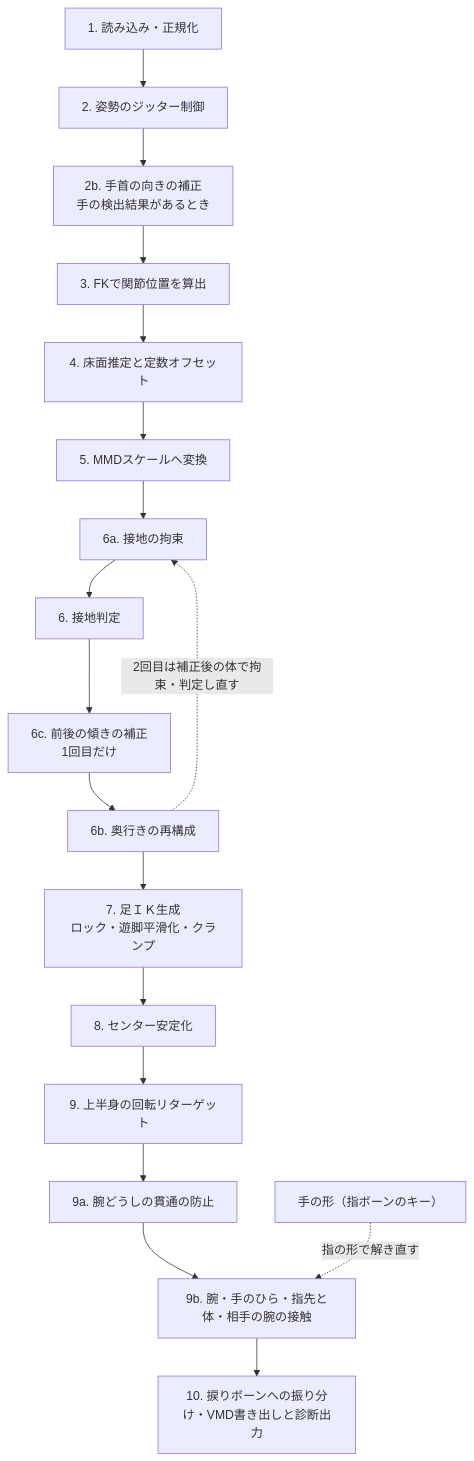
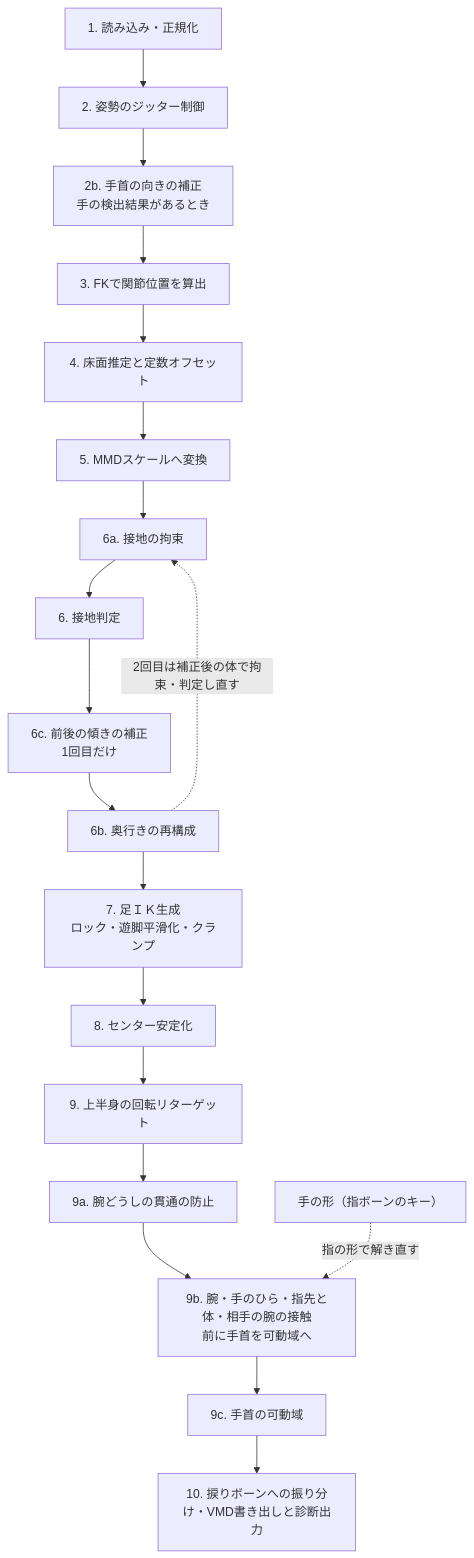
The diagram in vmd.md (yamak493/nlf), drawn with Mermaid before and after one commit. The commit also changed other lines of this file and 8 other files, not shown here.

````diff
--- a/vmd.md
+++ b/vmd.md
@@ -7,20 +7,21 @@
 ```mermaid
 flowchart TD
   A[1. 読み込み・正規化] --> B[2. 姿勢のジッター制御]
   B --> B2[2b. 手首の向きの補正<br/>手の検出結果があるとき]
   B2 --> C[3. FKで関節位置を算出]
   C --> D[4. 床面推定と定数オフセット]
   D --> E[5. MMDスケールへ変換]
   E --> F0[6a. 接地の拘束]
   F0 --> F[6. 接地判定]
   F --> F3[6c. 前後の傾きの補正<br/>1回目だけ]
   F3 --> F2[6b. 奥行きの再構成]
   F2 -. 2回目は補正後の体で拘束・判定し直す .-> F0
   F2 --> G[7. 足ＩＫ生成<br/>ロック・遊脚平滑化・クランプ]
   G --> H[8. センター安定化]
   H --> I[9. 上半身の回転リターゲット]
   I --> I2[9a. 腕どうしの貫通の防止]
-  I2 --> I3[9b. 腕・手のひら・指先と体・相手の腕の接触]
-  I3 --> J[10. 捩りボーンへの振り分け・VMD書き出しと診断出力]
+  I2 --> I3[9b. 腕・手のひら・指先と体・相手の腕の接触<br/>前に手首を可動域へ]
+  I3 --> I4[9c. 手首の可動域]
+  I4 --> J[10. 捩りボーンへの振り分け・VMD書き出しと診断出力]
   K[手の形（指ボーンのキー）] -. 指の形で解き直す .-> I3
 ```
````
